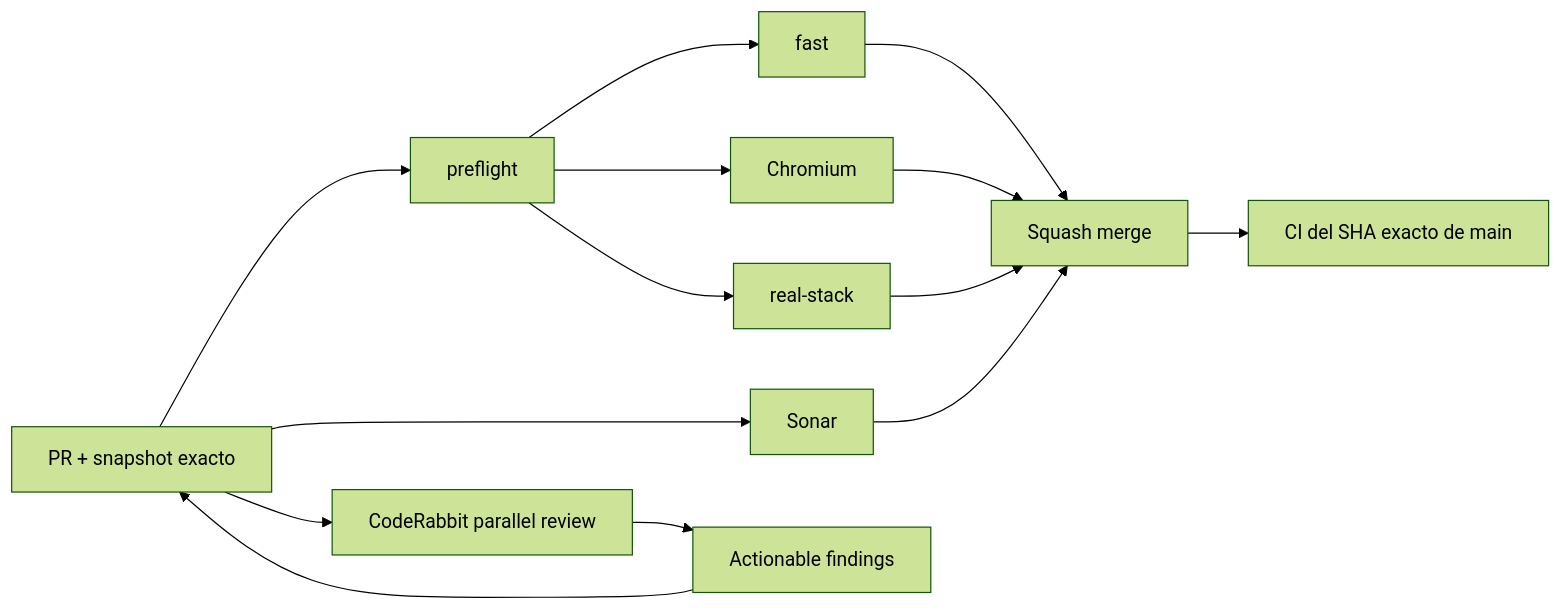
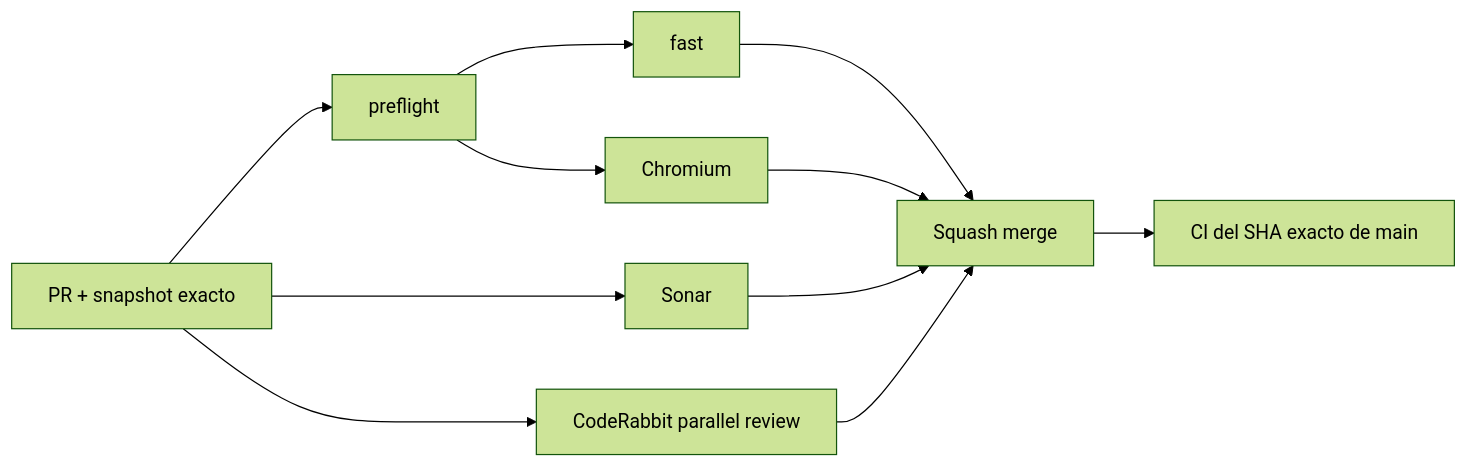
Before and after one commit to pl0n3r/brvtal: the diagram in README.md, drawn with Mermaid (forest theme). The commit also changed other lines of this file and 5 other files, not shown here.

````diff
--- a/README.md
+++ b/README.md
@@ -49,16 +48,13 @@
 ```mermaid
 flowchart LR
  A["PR + snapshot exacto"] --> P["preflight"]
  P --> F["fast"]
  P --> B["Chromium"]
- P --> R["real-stack"]
  A --> S["Sonar"]
  A --> C["CodeRabbit parallel review"]
- C --> K["Actionable findings"]
- K --> A
  F --> M["Squash merge"]
  B --> M
- R --> M
  S --> M
+ C --> M
  M --> X["CI del SHA exacto de main"]
 ```
````
